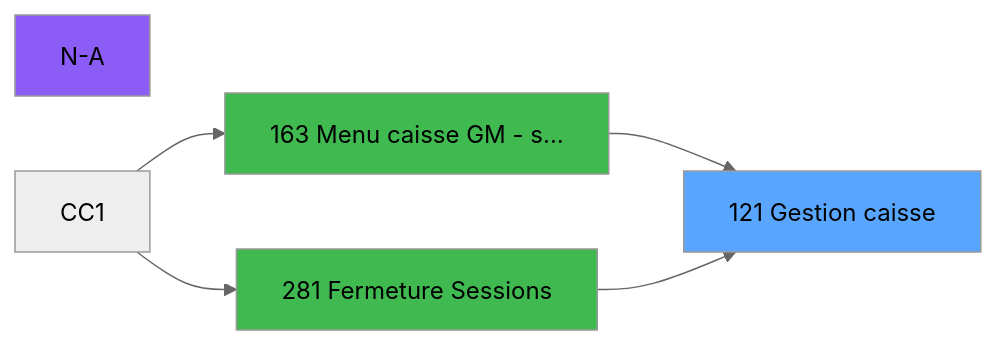
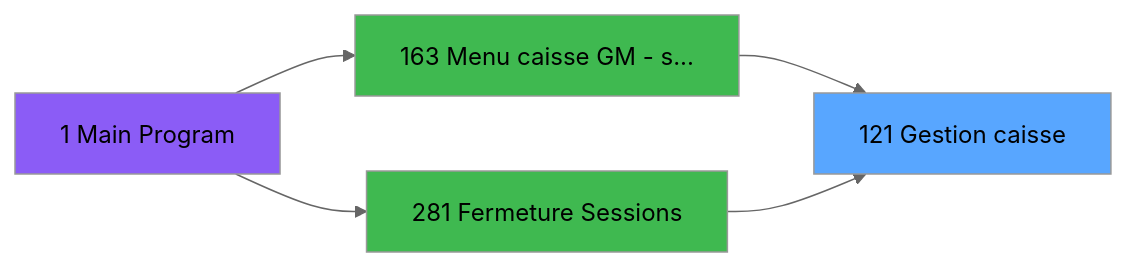
One commit to thonyAGP/lecteur-magic changed the second of 3 diagrams in .openspec/specs/ADH-IDE-121.md. Above: the diagram before and after it, drawn with Mermaid (neutral theme). The commit also changed other lines of this file and 9 other files, not shown here.

````diff
--- a/.openspec/specs/ADH-IDE-121.md
+++ b/.openspec/specs/ADH-IDE-121.md
@@ -310,15 +310,15 @@
 ```mermaid
 graph LR
     T121[121 Gestion caisse]
     style T121 fill:#58a6ff
-    CC[N-A]
-    style CC fill:#8b5cf6
+    CC1[1 Main Program]
+    style CC1 fill:#8b5cf6
     CC163[163 Menu caisse GM - s...]
     style CC163 fill:#3fb950
-    CC1 --> CC163
-    CC163 --> T121
     CC281[281 Fermeture Sessions]
     style CC281 fill:#3fb950
+    CC1 --> CC163
     CC1 --> CC281
+    CC163 --> T121
     CC281 --> T121
 ```
````
